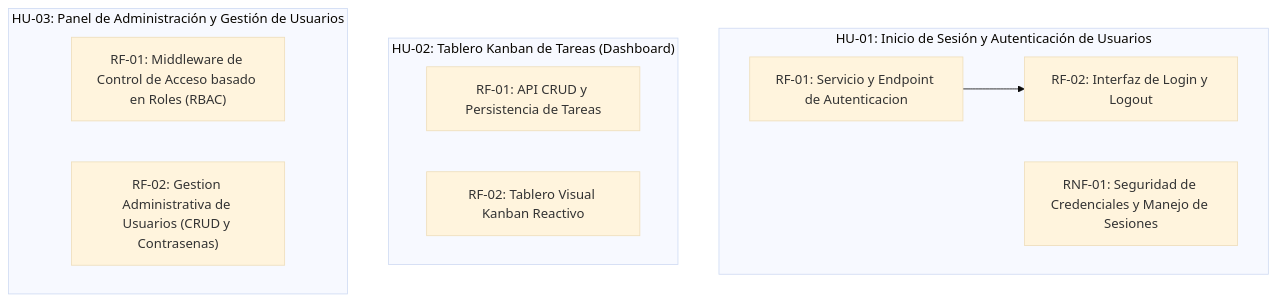
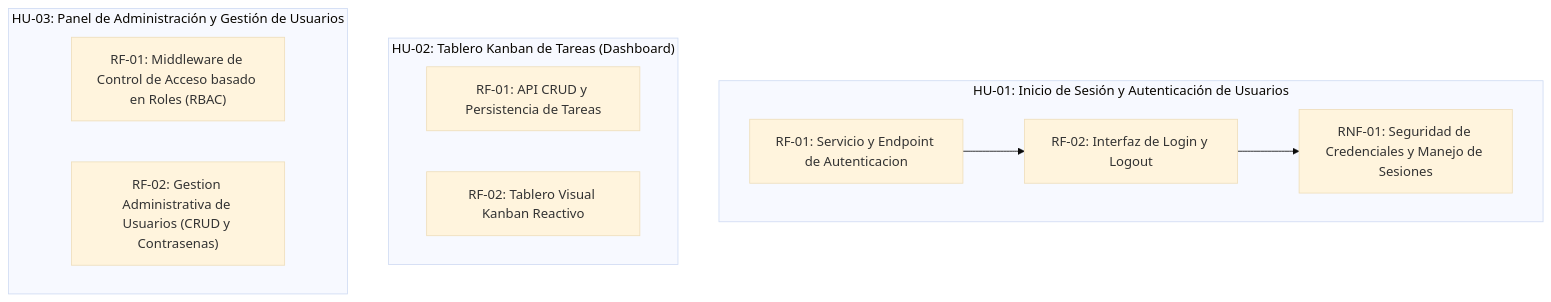
One commit to fiemcasals/PRUEBA_SCRUM changed the diagram in docs/grafo.md. Above: the diagram before and after it, drawn with Mermaid (base theme). The commit also changed other lines of this file, not shown here.

````diff
--- a/docs/grafo.md
+++ b/docs/grafo.md
@@ -5,17 +5,18 @@
 ```mermaid
 graph TD
   subgraph US_1786548038997["HU-01: Inicio de Sesión y Autenticación de Usuarios"]
     REQ_1786550047158["RF-01: Servicio y Endpoint de Autenticacion"]
     REQ_1786550047244["RF-02: Interfaz de Login y Logout"]
     REQ_1786550047330["RNF-01: Seguridad de Credenciales y Manejo de Sesiones"]
   end
   subgraph US_1786548041528["HU-02: Tablero Kanban de Tareas (Dashboard)"]
     REQ_1786550047416["RF-01: API CRUD y Persistencia de Tareas"]
     REQ_1786550047501["RF-02: Tablero Visual Kanban Reactivo"]
   end
   subgraph US_1786548043984["HU-03: Panel de Administración y Gestión de Usuarios"]
     REQ_1786550047567["RF-01: Middleware de Control de Acceso basado en Roles (RBAC)"]
     REQ_1786550047637["RF-02: Gestion Administrativa de Usuarios (CRUD y Contrasenas)"]
   end
   REQ_1786550047158 --> REQ_1786550047244
+  REQ_1786550047244 --> REQ_1786550047330
 ```
````
